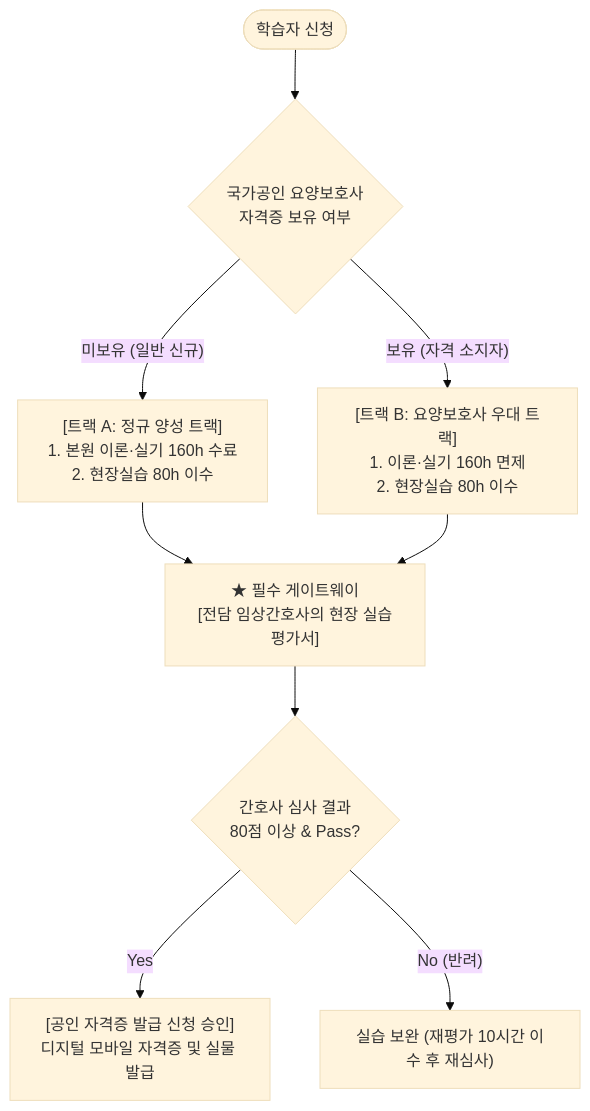
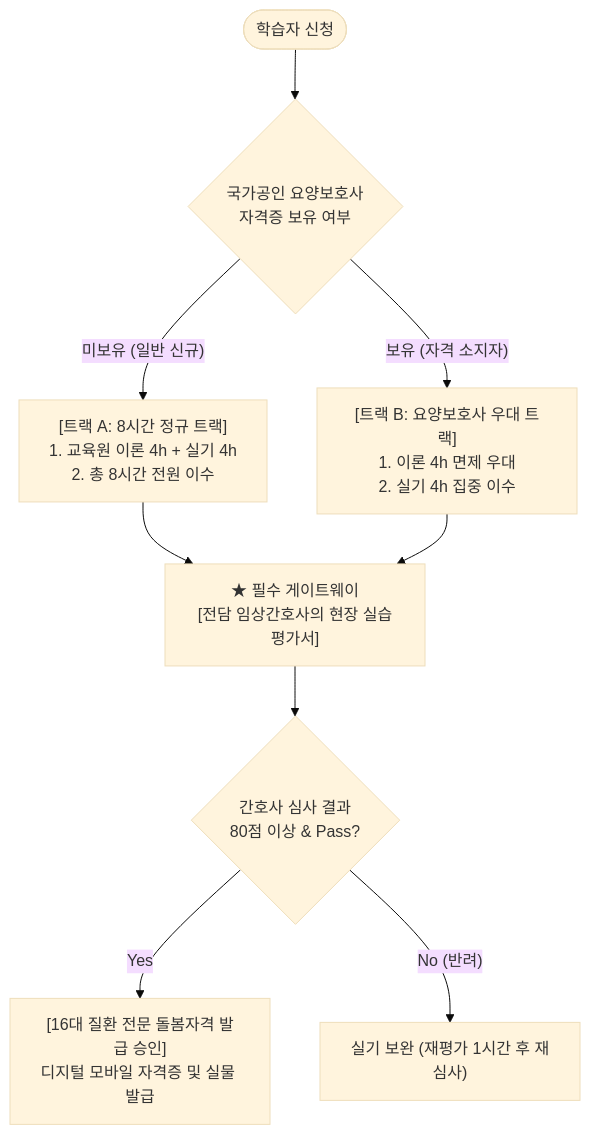
Before and after one commit to yojulab/ex_project_ecare24_elearning: the fifth of 5 diagrams in docs/ux/REVISED_IA_AND_MENU_SPECIFICATION.md, drawn with Mermaid (base theme). The commit also changed other lines of this file and 8 other files, not shown here.

````diff
--- a/docs/ux/REVISED_IA_AND_MENU_SPECIFICATION.md
+++ b/docs/ux/REVISED_IA_AND_MENU_SPECIFICATION.md
@@ -216,14 +242,14 @@
 ```mermaid
 flowchart TD
     User([학습자 신청]) --> CheckCert{국가공인 요양보호사<br/>자격증 보유 여부}
 
-    CheckCert -- "미보유 (일반 신규)" --> TrackA["[트랙 A: 정규 양성 트랙]<br/>1. 본원 이론·실기 160h 수료<br/>2. 현장실습 80h 이수"]
-    CheckCert -- "보유 (자격 소지자)" --> TrackB["[트랙 B: 요양보호사 우대 트랙]<br/>1. 이론·실기 160h 면제<br/>2. 현장실습 80h 이수"]
+    CheckCert -- "미보유 (일반 신규)" --> TrackA["[트랙 A: 8시간 정규 트랙]<br/>1. 교육원 이론 4h + 실기 4h<br/>2. 총 8시간 전원 이수"]
+    CheckCert -- "보유 (자격 소지자)" --> TrackB["[트랙 B: 요양보호사 우대 트랙]<br/>1. 이론 4h 면제 우대<br/>2. 실기 4h 집중 이수"]
 
     TrackA --> NurseEval["★ 필수 게이트웨이<br/>[전담 임상간호사의 현장 실습평가서]"]
     TrackB --> NurseEval
 
     NurseEval --> Result{간호사 심사 결과<br/>80점 이상 & Pass?}
-    Result -- Yes --> CertIssue["[공인 자격증 발급 신청 승인]<br/>디지털 모바일 자격증 및 실물 발급"]
-    Result -- No (반려) --> Retake["실습 보완 (재평가 10시간 이수 후 재심사)"]
+    Result -- Yes --> CertIssue["[16대 질환 전문 돌봄자격 발급 승인]<br/>디지털 모바일 자격증 및 실물 발급"]
+    Result -- No (반려) --> Retake["실기 보완 (재평가 1시간 후 재심사)"]
 ```
````
